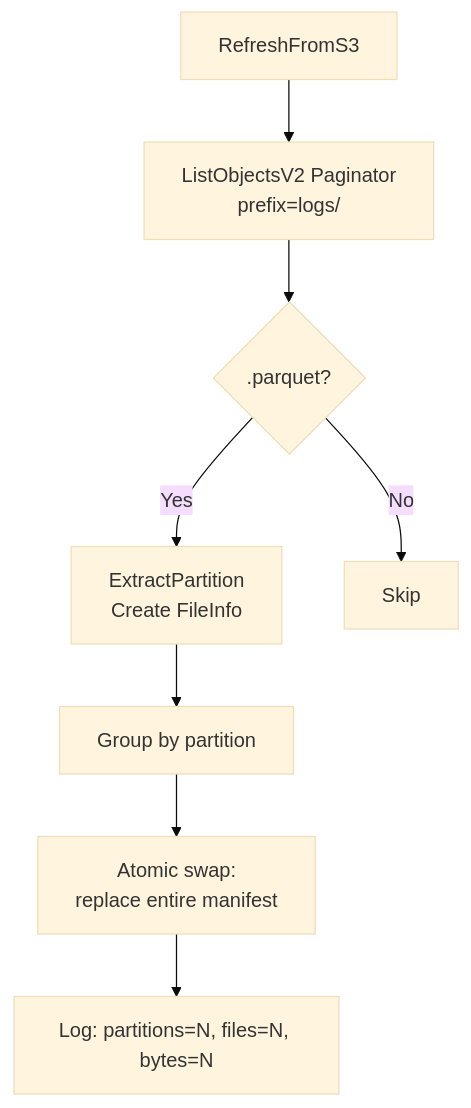
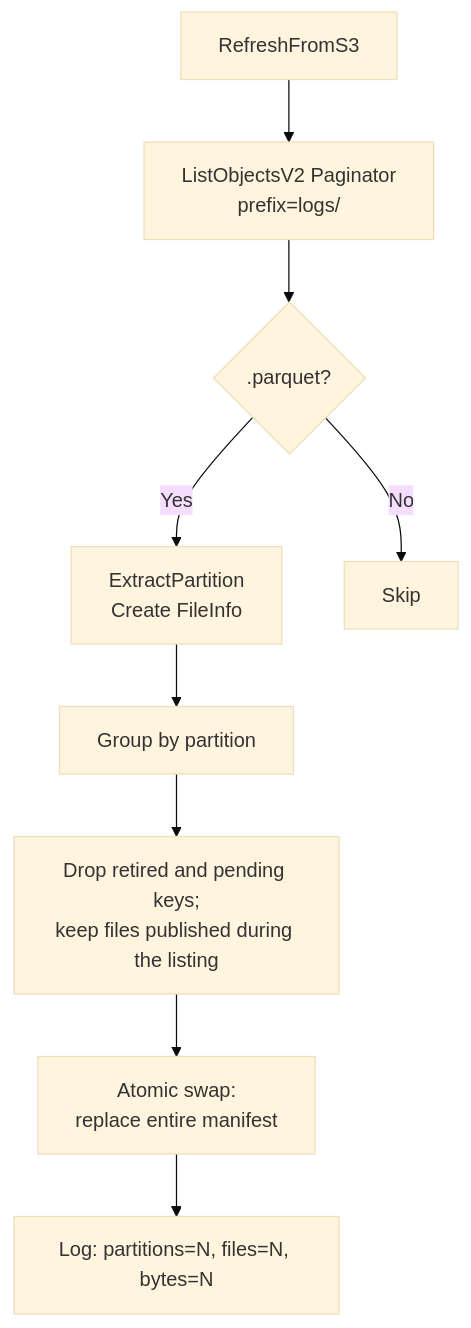
Before and after one commit to ReliablyObserve/victoria-lakehouse: the sixth of 7 diagrams in docs/manifest-system.md, drawn with Mermaid (base theme). The commit also changed other lines of this file and 9 other files, not shown here.

````diff
--- a/docs/manifest-system.md
+++ b/docs/manifest-system.md
@@ -226,11 +226,12 @@
 ```mermaid
 flowchart TD
     START[RefreshFromS3] --> LIST["ListObjectsV2 Paginator<br/>prefix=logs/"]
     LIST --> FILTER{".parquet?"}
 
     FILTER -->|Yes| EXTRACT[ExtractPartition<br/>Create FileInfo]
     FILTER -->|No| SKIP[Skip]
     EXTRACT --> GROUP[Group by partition]
-    GROUP --> REPLACE[Atomic swap:<br/>replace entire manifest]
+    GROUP --> EXCL["Drop retired and pending keys;<br/>keep files published during the listing"]
+    EXCL --> REPLACE[Atomic swap:<br/>replace entire manifest]
     REPLACE --> LOG["Log: partitions=N, files=N, bytes=N"]
 ```
````
